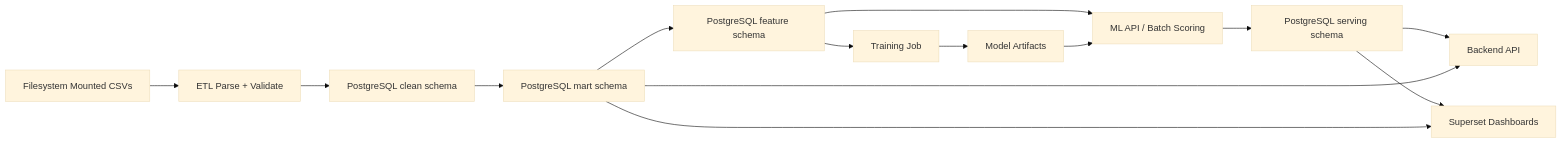
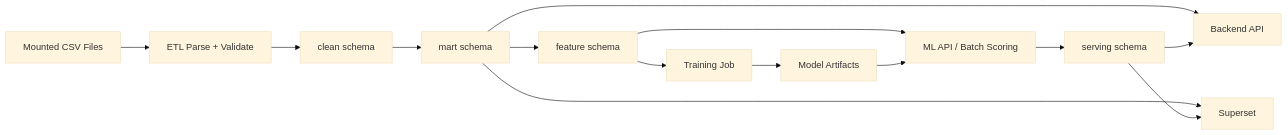
Before and after one commit to mipt-hackathon/4Sight: the first of 2 diagrams in docs/architecture/data_flow.md, drawn with Mermaid (base theme). The commit also changed other lines of this file and 29 other files, not shown here.

````diff
--- a/docs/architecture/data_flow.md
+++ b/docs/architecture/data_flow.md
@@ -7,16 +7,16 @@
 ```mermaid
 flowchart LR
-    raw["Filesystem Mounted CSVs"] --> parse["ETL Parse + Validate"]
-    parse --> clean["PostgreSQL clean schema"]
-    clean --> mart["PostgreSQL mart schema"]
-    mart --> feature["PostgreSQL feature schema"]
+    raw["Mounted CSV Files"] --> parse["ETL Parse + Validate"]
+    parse --> clean["clean schema"]
+    clean --> mart["mart schema"]
+    mart --> feature["feature schema"]
     feature --> train["Training Job"]
-    feature --> ml["ML API / Batch Scoring"]
+    feature --> score["ML API / Batch Scoring"]
     train --> artifacts["Model Artifacts"]
-    artifacts --> ml
-    ml --> serving["PostgreSQL serving schema"]
-    serving --> backend["Backend API"]
-    serving --> superset["Superset Dashboards"]
-    mart --> backend
-    mart --> superset
+    artifacts --> score
+    score --> serving["serving schema"]
+    mart --> backend["Backend API"]
+    serving --> backend
+    mart --> superset["Superset"]
+    serving --> superset
 ```
````
